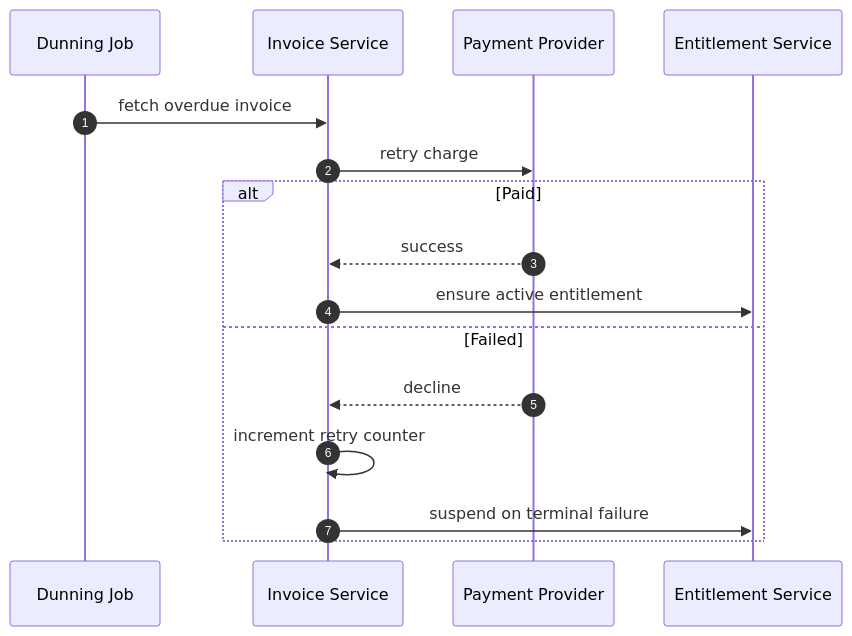
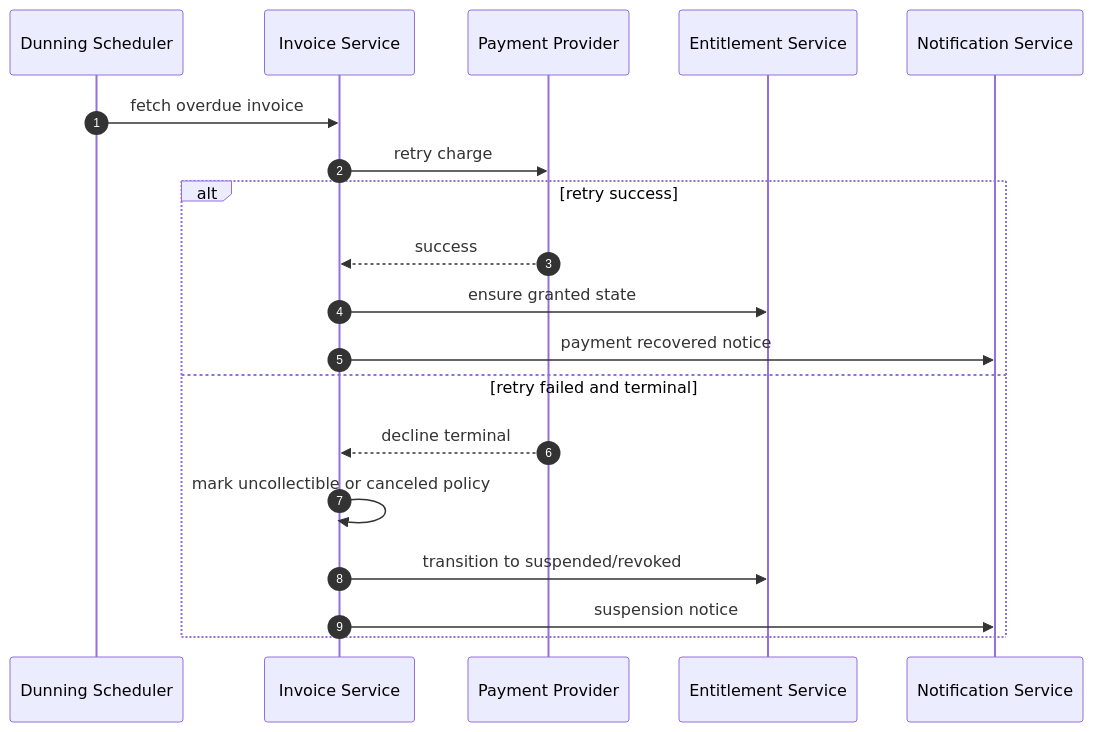
Before and after one commit to 0Ankit0/Project-Ideas: the fourth of 4 diagrams in Subscription Billing and Entitlements Platform/detailed-design/sequence-diagrams.md, drawn with Mermaid. The commit also changed other lines of this file and 14 other files, not shown here.

Commit message:
Expand detailed design docs with implementation-ready schemas, APIs, and mermaid diagrams

````diff
--- a/Subscription Billing and Entitlements Platform/detailed-design/sequence-diagrams.md
+++ b/Subscription Billing and Entitlements Platform/detailed-design/sequence-diagrams.md
@@ -30,19 +90,22 @@
 ```mermaid
 sequenceDiagram
     autonumber
-    participant Job as Dunning Job
+    participant DUN as Dunning Scheduler
     participant INV as Invoice Service
-    participant PSP as Payment Provider
+    participant PAY as Payment Provider
     participant ENT as Entitlement Service
+    participant NOTI as Notification Service
 
-    Job->>INV: fetch overdue invoice
-    INV->>PSP: retry charge
-    alt Paid
-      PSP-->>INV: success
-      INV->>ENT: ensure active entitlement
-    else Failed
-      PSP-->>INV: decline
-      INV->>INV: increment retry counter
-      INV->>ENT: suspend on terminal failure
+    DUN->>INV: fetch overdue invoice
+    INV->>PAY: retry charge
+    alt retry success
+      PAY-->>INV: success
+      INV->>ENT: ensure granted state
+      INV->>NOTI: payment recovered notice
+    else retry failed and terminal
+      PAY-->>INV: decline terminal
+      INV->>INV: mark uncollectible or canceled policy
+      INV->>ENT: transition to suspended/revoked
+      INV->>NOTI: suspension notice
     end
 ```
````
